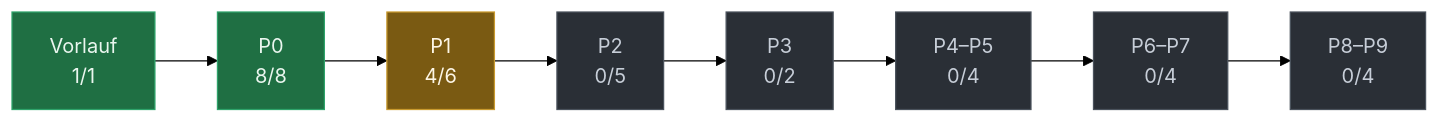
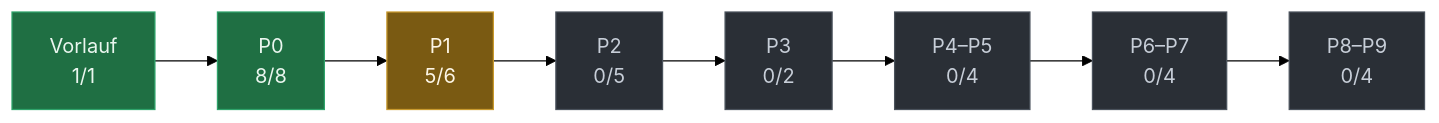
One commit to evenacadia-tech/Nakama changed the diagram in docs/PLAN-STAND.md. Above: the diagram before and after it, drawn with Mermaid (forest theme). The commit also changed other lines of this file and 7 other files, not shown here.

````diff
--- a/docs/PLAN-STAND.md
+++ b/docs/PLAN-STAND.md
@@ -28,21 +28,21 @@
 ```mermaid
 flowchart LR
   P0["Vorlauf<br/>1/1"]:::fertig
   P1["P0<br/>8/8"]:::fertig
   P0 --> P1
-  P2["P1<br/>4/6"]:::laeuft
+  P2["P1<br/>5/6"]:::laeuft
   P1 --> P2
   P3["P2<br/>0/5"]:::offen
   P2 --> P3
   P4["P3<br/>0/2"]:::offen
   P3 --> P4
   P5["P4–P5<br/>0/4"]:::offen
   P4 --> P5
   P6["P6–P7<br/>0/4"]:::offen
   P5 --> P6
   P7["P8–P9<br/>0/4"]:::offen
   P6 --> P7
   classDef fertig fill:#1f6f43,stroke:#2ea36a,color:#eaf6ef
   classDef laeuft fill:#7a5a12,stroke:#c99a2e,color:#fdf6e6
   classDef offen  fill:#2a2f36,stroke:#4a525c,color:#c7ced8
 ```
````
